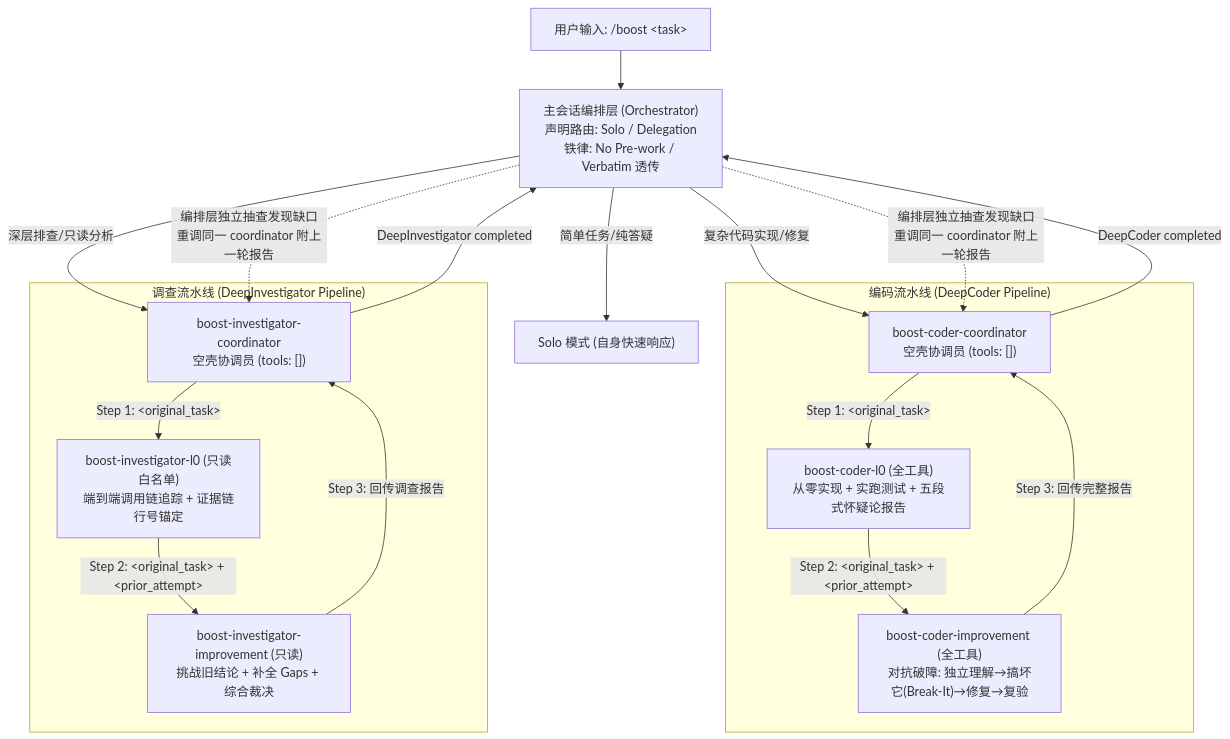
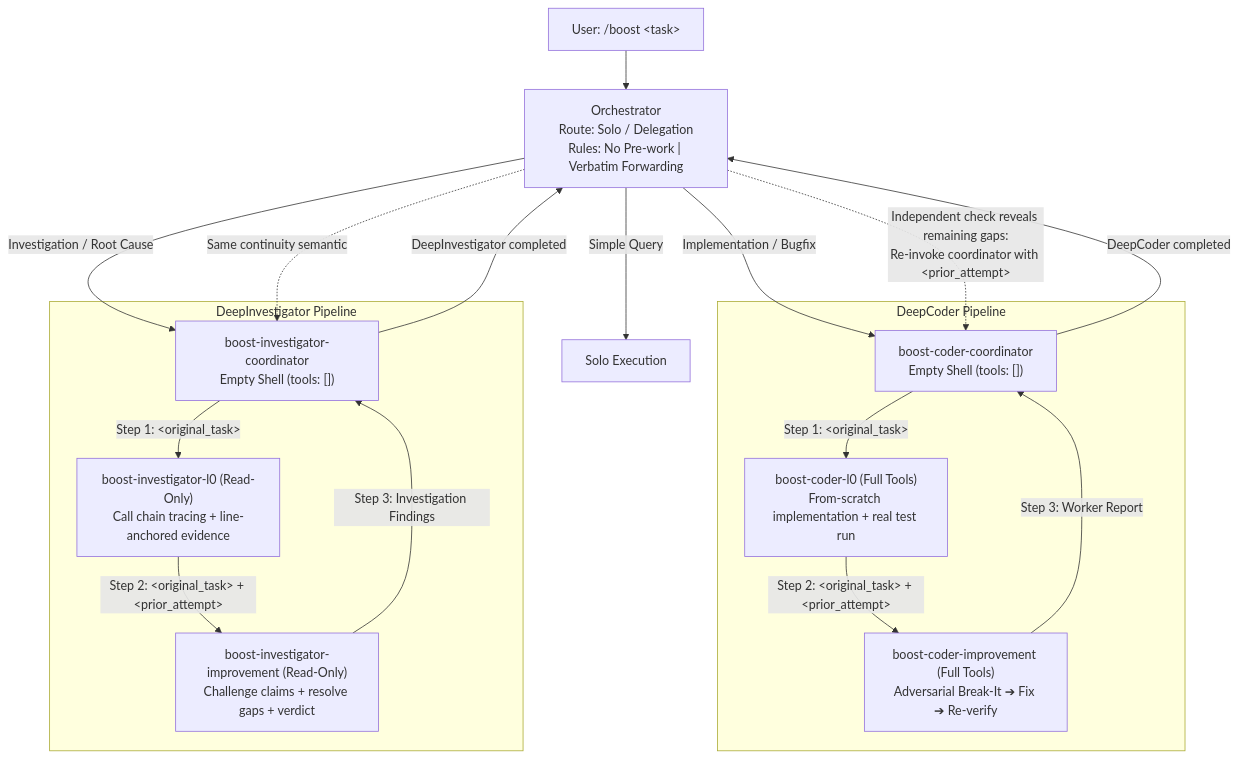
Before and after one commit to YunhaoFu/open-boost: the diagram in README.md, drawn with Mermaid. The commit also changed other lines of this file and 4 other files, not shown here.

````diff
--- a/README.md
+++ b/README.md
@@ -31,26 +27,26 @@
 ```mermaid
 flowchart TD
-    User["用户输入: /boost &lt;task&gt;"] --> Orchestrator["主会话编排层 (Orchestrator)<br/>声明路由: Solo / Delegation<br/>铁律: No Pre-work / Verbatim 透传"]
+    User["User: /boost &lt;task&gt;"] --> Orchestrator["Orchestrator<br/>Route: Solo / Delegation<br/>Rules: No Pre-work | Verbatim Forwarding"]
     
-    Orchestrator -->|"简单任务/纯答疑"| Solo["Solo 模式 (自身快速响应)"]
-    Orchestrator -->|"复杂代码实现/修复"| CoderCoord["boost-coder-coordinator<br/>空壳协调员 (tools: [])"]
-    Orchestrator -->|"深层排查/只读分析"| InvestCoord["boost-investigator-coordinator<br/>空壳协调员 (tools: [])"]
+    Orchestrator -->|"Simple Query"| Solo["Solo Execution"]
+    Orchestrator -->|"Implementation / Bugfix"| CoderCoord["boost-coder-coordinator<br/>Empty Shell (tools: [])"]
+    Orchestrator -->|"Investigation / Root Cause"| InvestCoord["boost-investigator-coordinator<br/>Empty Shell (tools: [])"]
     
-    subgraph CoderPipeline ["编码流水线 (DeepCoder Pipeline)"]
-        CoderCoord -->|"Step 1: &lt;original_task&gt;"| CoderL0["boost-coder-l0 (全工具)<br/>从零实现 + 实跑测试 + 五段式怀疑论报告"]
-        CoderL0 -->|"Step 2: &lt;original_task&gt; + &lt;prior_attempt&gt;"| CoderImp["boost-coder-improvement (全工具)<br/>对抗破障: 独立理解→搞坏它(Break-It)→修复→复验"]
-        CoderImp -->|"Step 3: 回传完整报告"| CoderCoord
+    subgraph CoderPipeline ["DeepCoder Pipeline"]
+        CoderCoord -->|"Step 1: &lt;original_task&gt;"| CoderL0["boost-coder-l0 (Full Tools)<br/>From-scratch implementation + real test run"]
+        CoderL0 -->|"Step 2: &lt;original_task&gt; + &lt;prior_attempt&gt;"| CoderImp["boost-coder-improvement (Full Tools)<br/>Adversarial Break-It ➔ Fix ➔ Re-verify"]
+        CoderImp -->|"Step 3: Worker Report"| CoderCoord
     end
     
-    subgraph InvestPipeline ["调查流水线 (DeepInvestigator Pipeline)"]
-        InvestCoord -->|"Step 1: &lt;original_task&gt;"| InvestL0["boost-investigator-l0 (只读白名单)<br/>端到端调用链追踪 + 证据链行号锚定"]
-        InvestL0 -->|"Step 2: &lt;original_task&gt; + &lt;prior_attempt&gt;"| InvestImp["boost-investigator-improvement (只读)<br/>挑战旧结论 + 补全 Gaps + 综合裁决"]
-        InvestImp -->|"Step 3: 回传调查报告"| InvestCoord
+    subgraph InvestPipeline ["DeepInvestigator Pipeline"]
+        InvestCoord -->|"Step 1: &lt;original_task&gt;"| InvestL0["boost-investigator-l0 (Read-Only)<br/>Call chain tracing + line-anchored evidence"]
+        InvestL0 -->|"Step 2: &lt;original_task&gt; + &lt;prior_attempt&gt;"| InvestImp["boost-investigator-improvement (Read-Only)<br/>Challenge claims + resolve gaps + verdict"]
+        InvestImp -->|"Step 3: Investigation Findings"| InvestCoord
     end
     
     CoderCoord -->|"DeepCoder completed"| Orchestrator
     InvestCoord -->|"DeepInvestigator completed"| Orchestrator
     
-    Orchestrator -.->|"编排层独立抽查发现缺口<br/>重调同一 coordinator 附上一轮报告"| CoderCoord
-    Orchestrator -.->|"编排层独立抽查发现缺口<br/>重调同一 coordinator 附上一轮报告"| InvestCoord
+    Orchestrator -.->|"Independent check reveals remaining gaps:<br/>Re-invoke coordinator with &lt;prior_attempt&gt;"| CoderCoord
+    Orchestrator -.->|"Same continuity semantic"| InvestCoord
 ```
````
